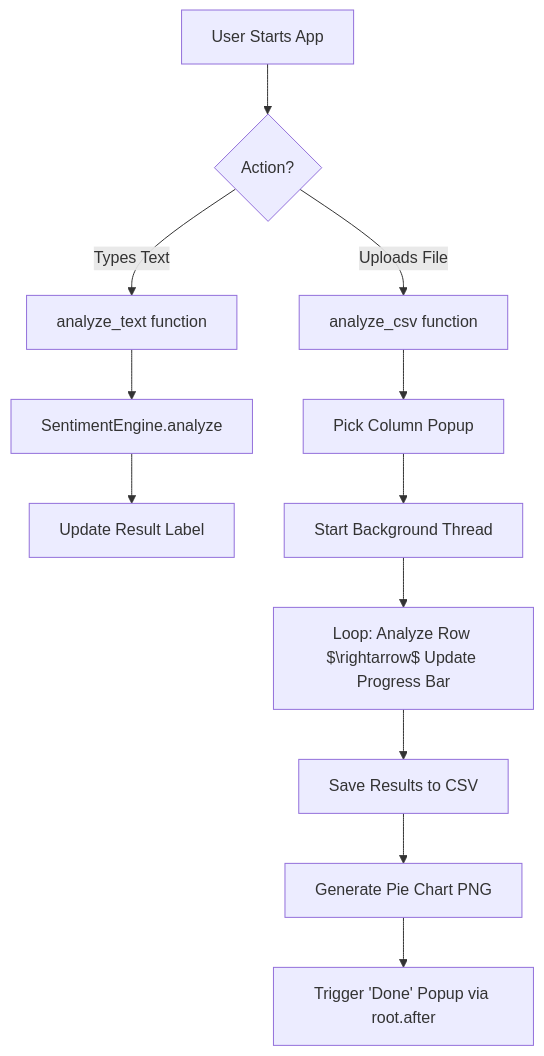
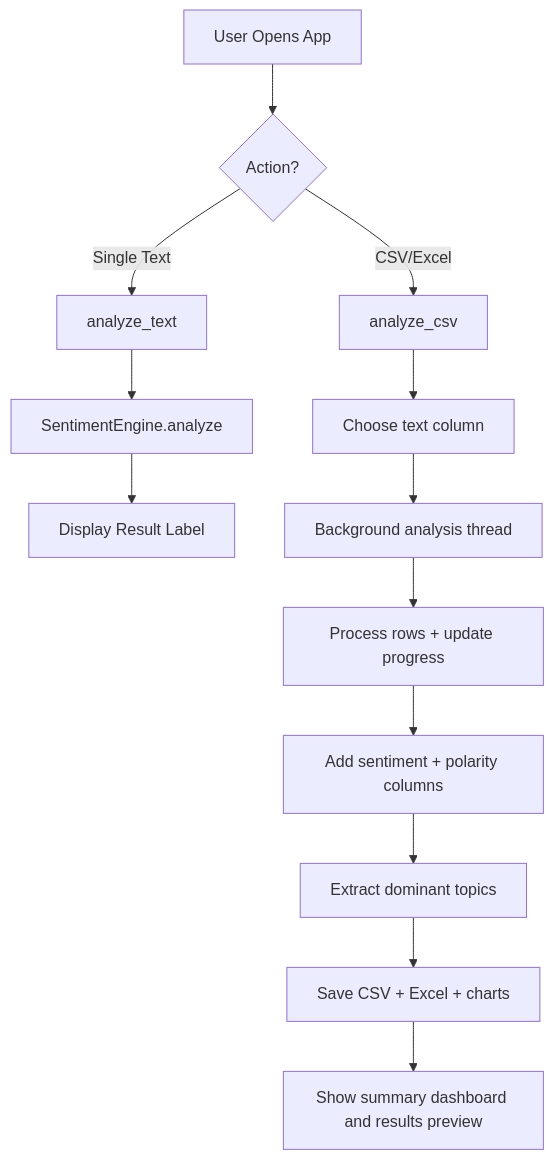
One commit to Anuj230977/Sentiment-Analyzer changed the diagram in CODE_EXPLANATION.md. Above: the diagram before and after it, drawn with Mermaid. The commit also changed other lines of this file, not shown here.

````diff
--- a/CODE_EXPLANATION.md
+++ b/CODE_EXPLANATION.md
@@ -113,16 +135,17 @@
 ```mermaid
 graph TD
-    A[User Starts App] --> B{Action?}
-    B -->|Types Text| C[analyze_text function]
-    B -->|Uploads File| D[analyze_csv function]
-    
+    A[User Opens App] --> B{Action?}
+    B -->|Single Text| C[analyze_text]
+    B -->|CSV/Excel| D[analyze_csv]
+
     C --> E[SentimentEngine.analyze]
-    E --> F[Update Result Label]
-    
-    D --> G[Pick Column Popup]
-    G --> H[Start Background Thread]
-    H --> I[Loop: Analyze Row $\rightarrow$ Update Progress Bar]
-    I --> J[Save Results to CSV]
-    J --> K[Generate Pie Chart PNG]
-    K --> L[Trigger 'Done' Popup via root.after]
+    E --> F[Display Result Label]
+
+    D --> G[Choose text column]
+    G --> H[Background analysis thread]
+    H --> I[Process rows + update progress]
+    I --> J[Add sentiment + polarity columns]
+    J --> K[Extract dominant topics]
+    K --> L[Save CSV + Excel + charts]
+    L --> M[Show summary dashboard and results preview]
 ```
````
